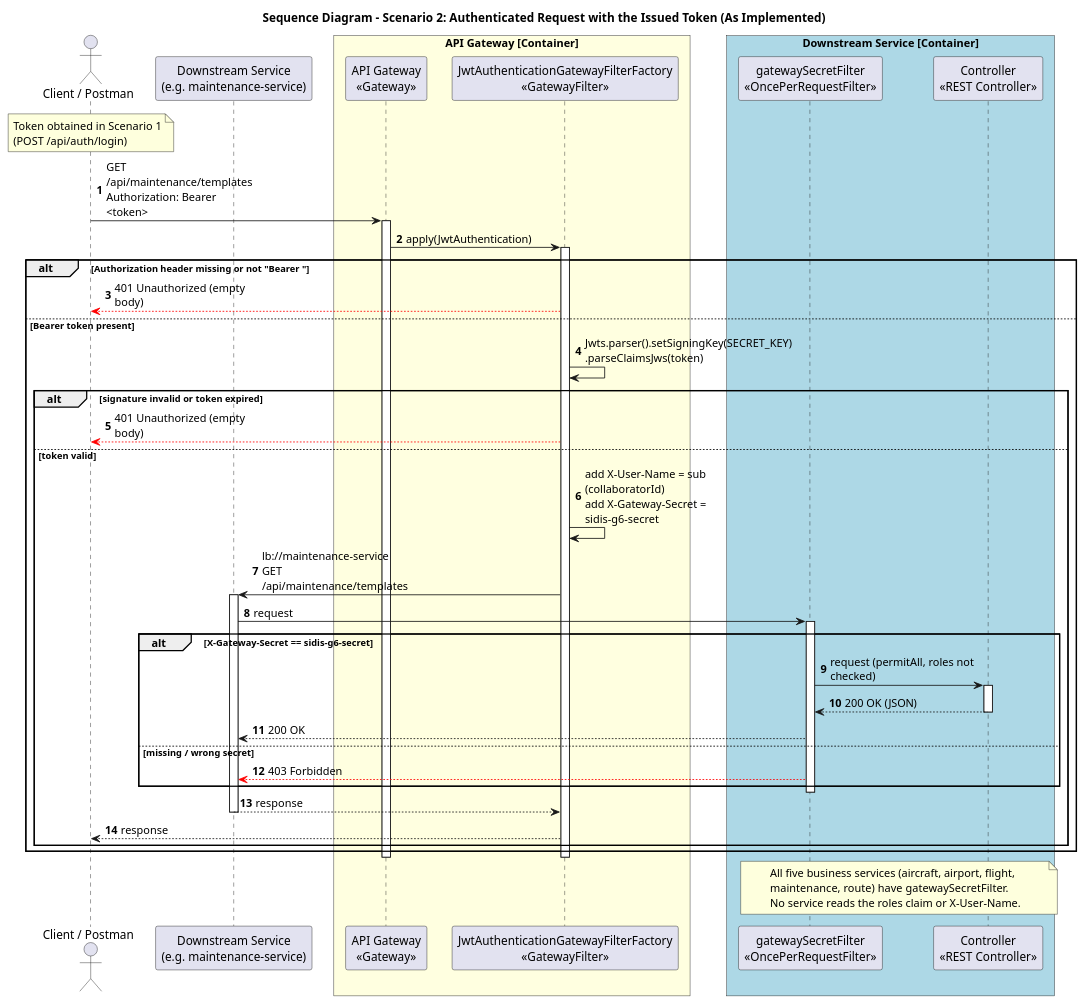
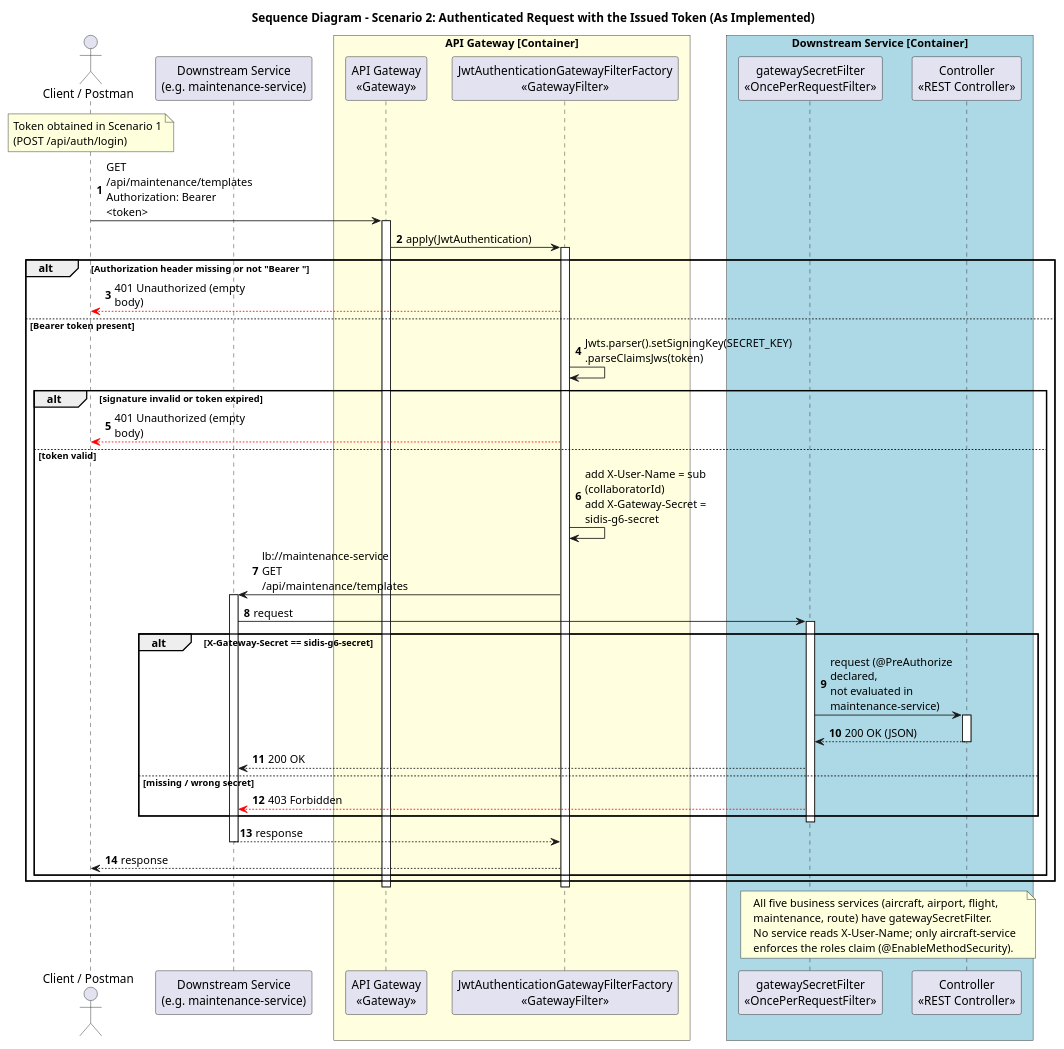
The diagram in auth-service/docs/sequence-diagrams/scenario-2-authenticated-request.puml (8126Lucas/SIDIS_G6_3DA), drawn with PlantUML before and after one commit. The commit also changed 10 other files, not shown here.

Commit message:
Update sequence diagrams and documentation for clarity and accuracy

```diff
--- a/auth-service/docs/sequence-diagrams/scenario-2-authenticated-request.puml
+++ b/auth-service/docs/sequence-diagrams/scenario-2-authenticated-request.puml
@@ -1,68 +1,68 @@
 @startuml
 skinparam responseMessageBelowArrow true
 skinparam maxMessageSize 180
 skinparam boxPadding 10
 skinparam participantPadding 10
 skinparam shadowing false
 
 title Sequence Diagram - Scenario 2: Authenticated Request with the Issued Token (As Implemented)
 
 autonumber
 
 actor "Client / Postman" as client
 participant "API Gateway\n<<Gateway>>" as gateway
 participant "JwtAuthenticationGatewayFilterFactory\n<<GatewayFilter>>" as gateway_filter
 participant "Downstream Service\n(e.g. maintenance-service)" as downstream
 participant "gatewaySecretFilter\n<<OncePerRequestFilter>>" as secret_filter
 participant "Controller\n<<REST Controller>>" as controller
 
 box "API Gateway [Container]" #LightYellow
     participant gateway
     participant gateway_filter
 end box
 
 box "Downstream Service [Container]" #LightBlue
     participant secret_filter
     participant controller
 end box
 
 note over client : Token obtained in Scenario 1\n(POST /api/auth/login)
 
 client -> gateway : GET /api/maintenance/templates\nAuthorization: Bearer <token>
 activate gateway
 gateway -> gateway_filter : apply(JwtAuthentication)
 activate gateway_filter
 
 alt Authorization header missing or not "Bearer "
     gateway_filter --[#red]> client : 401 Unauthorized (empty body)
 else Bearer token present
     gateway_filter -> gateway_filter : Jwts.parser().setSigningKey(SECRET_KEY)\n.parseClaimsJws(token)
     alt signature invalid or token expired
         gateway_filter --[#red]> client : 401 Unauthorized (empty body)
     else token valid
         gateway_filter -> gateway_filter : add X-User-Name = sub (collaboratorId)\nadd X-Gateway-Secret = sidis-g6-secret
         gateway_filter -> downstream : lb://maintenance-service\nGET /api/maintenance/templates
         activate downstream
         downstream -> secret_filter : request
         activate secret_filter
         alt X-Gateway-Secret == sidis-g6-secret
-            secret_filter -> controller : request (permitAll, roles not checked)
+            secret_filter -> controller : request (@PreAuthorize declared,\nnot evaluated in maintenance-service)
             activate controller
             controller --> secret_filter : 200 OK (JSON)
             deactivate controller
             secret_filter --> downstream : 200 OK
         else missing / wrong secret
             secret_filter --[#red]> downstream : 403 Forbidden
         end
         deactivate secret_filter
         downstream --> gateway_filter : response
         deactivate downstream
         gateway_filter --> client : response
     end
 end
 deactivate gateway_filter
 deactivate gateway
 
-note over secret_filter, controller : All five business services (aircraft, airport, flight,\nmaintenance, route) have gatewaySecretFilter.\nNo service reads the roles claim or X-User-Name.
+note over secret_filter, controller : All five business services (aircraft, airport, flight,\nmaintenance, route) have gatewaySecretFilter.\nNo service reads X-User-Name; only aircraft-service\nenforces the roles claim (@EnableMethodSecurity).
 
 @enduml
```
